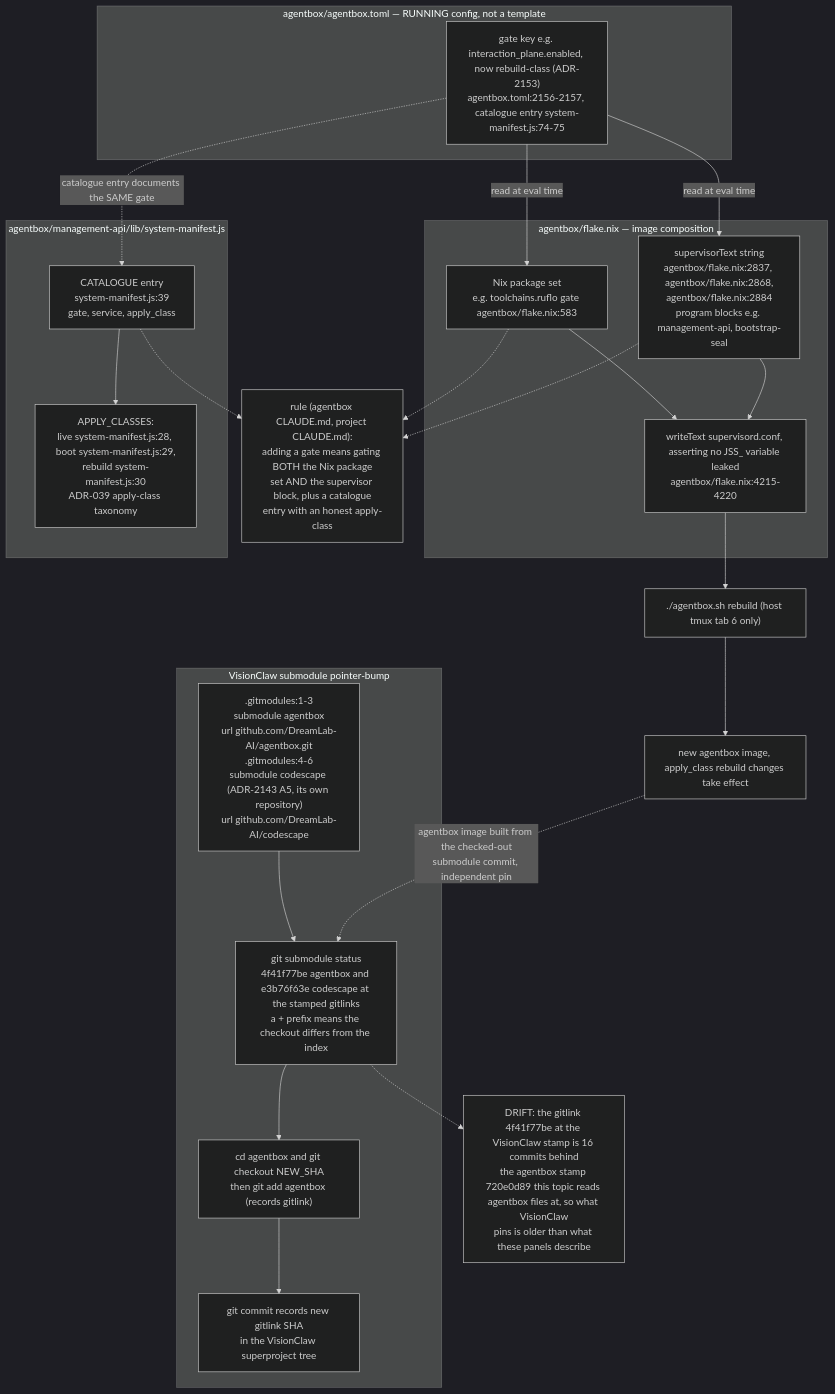
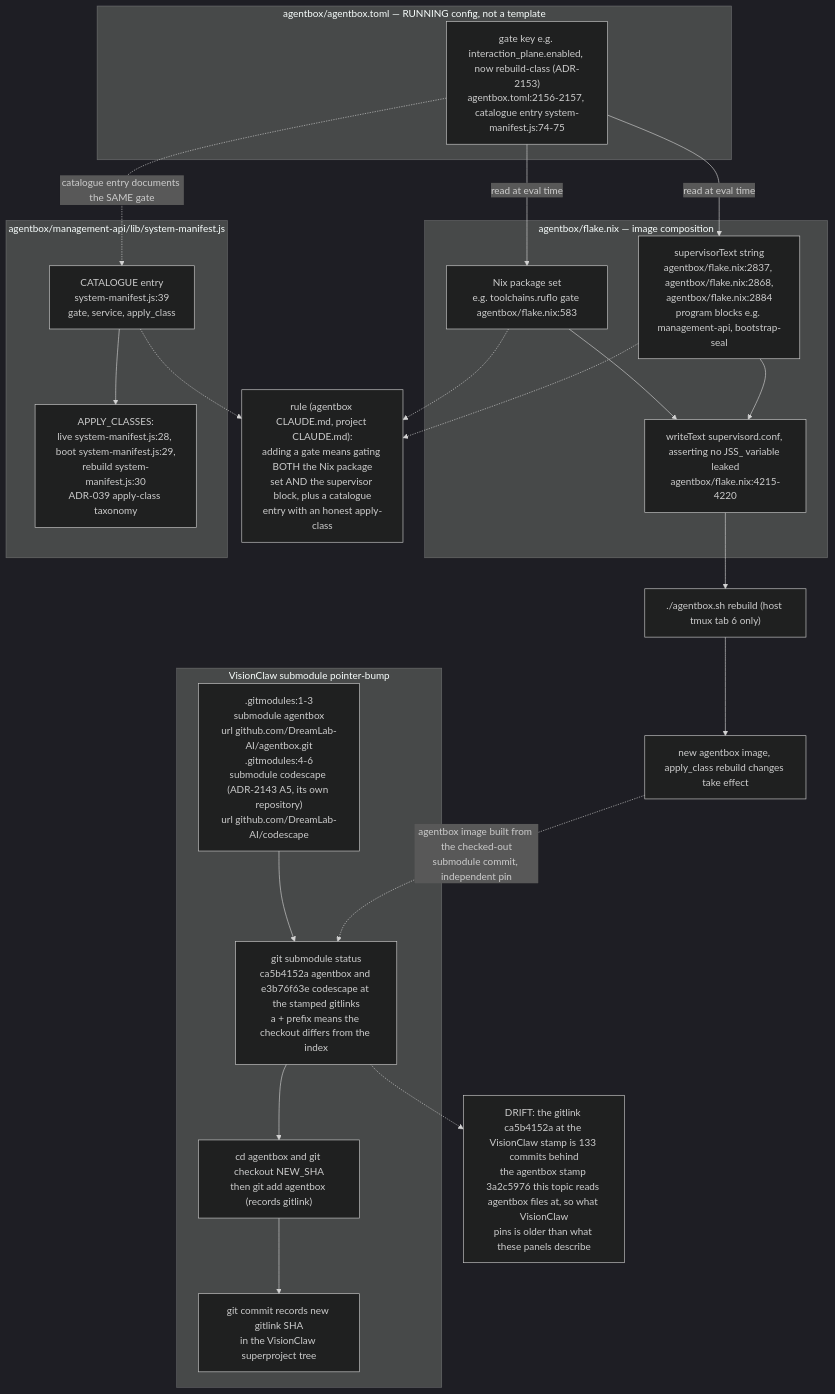
One commit to DreamLab-AI/VisionFlow changed the tenth of 24 diagrams in docs/diagrams/estate/09-build-deploy-and-ci-estate.md. Above: the diagram before and after it, drawn with Mermaid (dark theme). The commit also changed other lines of this file and 70 other files, not shown here.

First line of the commit message:
docs(diagrams): re-verify 69 topics at current default-branch heads

````diff
--- a/docs/diagrams/estate/09-build-deploy-and-ci-estate.md
+++ b/docs/diagrams/estate/09-build-deploy-and-ci-estate.md
@@ -408,44 +408,44 @@
 ```mermaid
 flowchart TB
     subgraph FLAKE["agentbox/flake.nix — image composition"]
         NIXPKG["Nix package set<br/>e.g. toolchains.ruflo gate agentbox/flake.nix:583"]
         SUPTEXT["supervisorText string<br/>agentbox/flake.nix:2837, agentbox/flake.nix:2868,<br/>agentbox/flake.nix:2884<br/>program blocks e.g. management-api, bootstrap-seal"]
         SUPWRITE["writeText supervisord.conf, asserting no JSS_ variable leaked<br/>agentbox/flake.nix:4215-4220"]
     end
     subgraph TOML["agentbox/agentbox.toml — RUNNING config, not a template"]
         GATEKEY["gate key e.g. interaction_plane.enabled, now rebuild-class (ADR-2153)<br/>agentbox.toml:2156-2157, catalogue entry system-manifest.js:74-75"]
     end
     subgraph MANIFEST["agentbox/management-api/lib/system-manifest.js"]
         CATALOGUE["CATALOGUE entry<br/>system-manifest.js:39<br/>gate, service, apply_class"]
         APPLYCLASS["APPLY_CLASSES:<br/>live system-manifest.js:28, boot system-manifest.js:29,<br/>rebuild system-manifest.js:30<br/>ADR-039 apply-class taxonomy"]
     end
 
     GATEKEY -->|"read at eval time"| NIXPKG
     GATEKEY -->|"read at eval time"| SUPTEXT
     NIXPKG --> SUPWRITE
     SUPTEXT --> SUPWRITE
     GATEKEY -.->|"catalogue entry documents the SAME gate"| CATALOGUE
     CATALOGUE --> APPLYCLASS
 
     RULE["rule (agentbox CLAUDE.md, project CLAUDE.md):<br/>adding a gate means gating BOTH the Nix package<br/>set AND the supervisor block, plus a catalogue<br/>entry with an honest apply-class"]
     NIXPKG -.-> RULE
     SUPTEXT -.-> RULE
     CATALOGUE -.-> RULE
 
     REBUILD["./agentbox.sh rebuild (host tmux tab 6 only)"]
     SUPWRITE --> REBUILD
     REBUILD --> IMAGE["new agentbox image, apply_class rebuild changes take effect"]
 
     subgraph SUBMOD["VisionClaw submodule pointer-bump"]
         GITMODULES[".gitmodules:1-3<br/>submodule agentbox<br/>url github.com/DreamLab-AI/agentbox.git<br/>.gitmodules:4-6<br/>submodule codescape (ADR-2143 A5, its own repository)<br/>url github.com/DreamLab-AI/codescape"]
-        SUBSTATUS["git submodule status<br/>4f41f77be agentbox and e3b76f63e codescape at the stamped gitlinks<br/>a + prefix means the checkout differs from the index"]
+        SUBSTATUS["git submodule status<br/>ca5b4152a agentbox and e3b76f63e codescape at the stamped gitlinks<br/>a + prefix means the checkout differs from the index"]
         SUBUPDATE["cd agentbox and git checkout NEW_SHA<br/>then git add agentbox (records gitlink)"]
         SUBCOMMIT["git commit records new gitlink SHA<br/>in the VisionClaw superproject tree"]
     end
     GITMODULES --> SUBSTATUS
     SUBSTATUS --> SUBUPDATE
     SUBUPDATE --> SUBCOMMIT
     IMAGE -.->|"agentbox image built from the checked-out<br/>submodule commit, independent pin"| SUBSTATUS
-    SKEW["DRIFT: the gitlink 4f41f77be at the VisionClaw stamp is 16 commits behind<br/>the agentbox stamp 720e0d89 this topic reads agentbox files at, so what VisionClaw<br/>pins is older than what these panels describe"]
+    SKEW["DRIFT: the gitlink ca5b4152a at the VisionClaw stamp is 133 commits behind<br/>the agentbox stamp 3a2c5976 this topic reads agentbox files at, so what VisionClaw<br/>pins is older than what these panels describe"]
     SUBSTATUS -.-> SKEW
 ```
````
